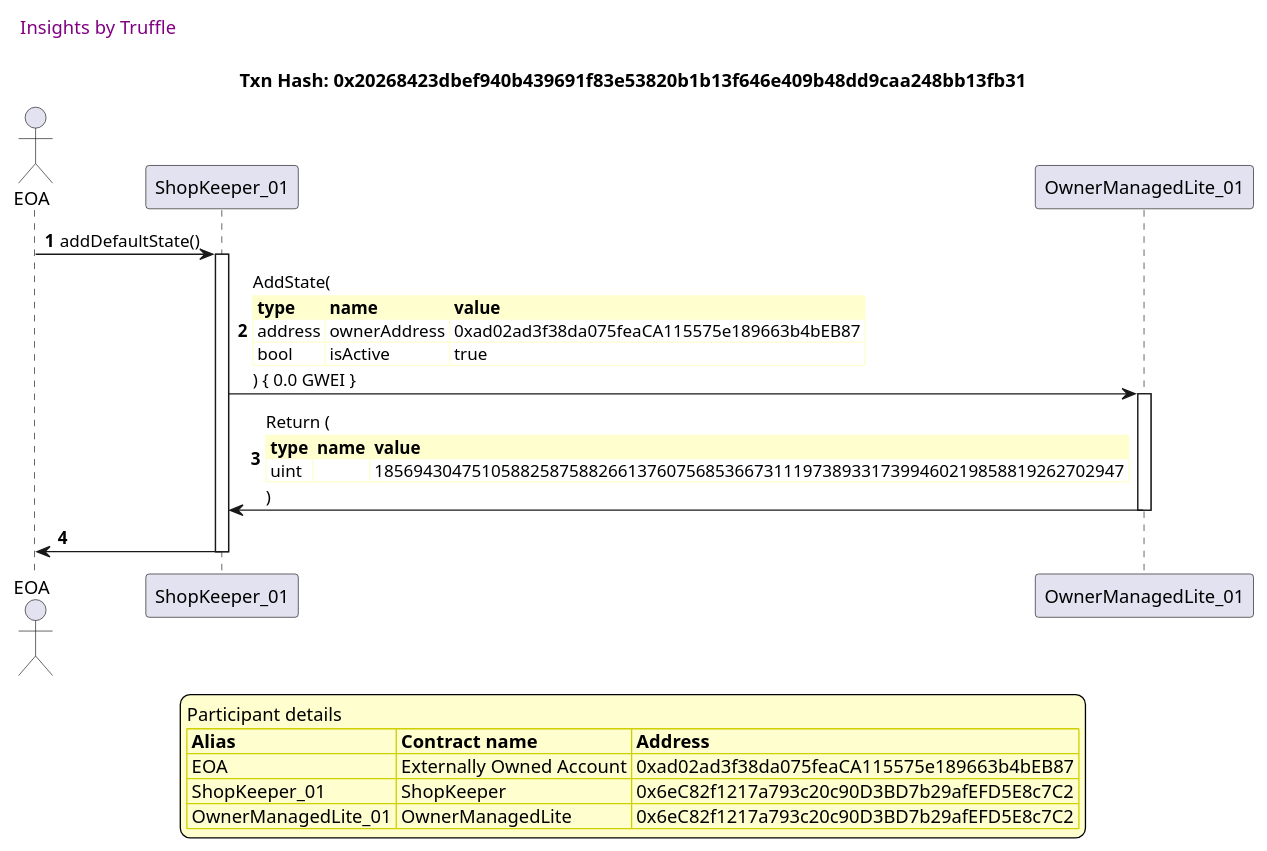
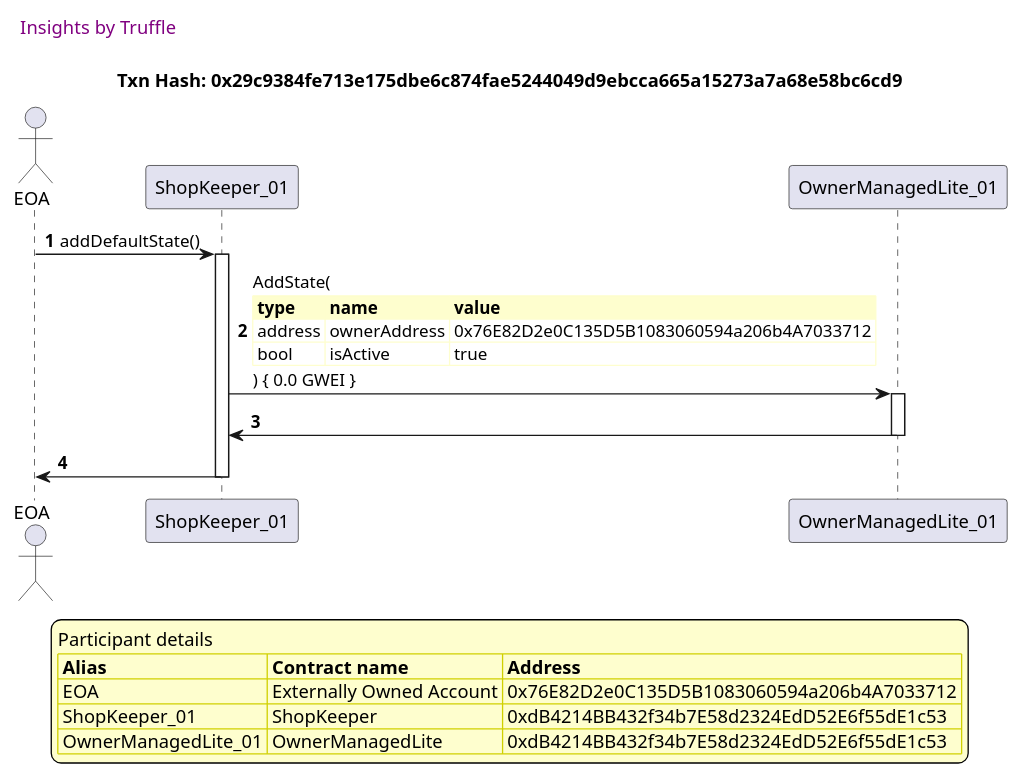
The second of 10 diagrams in truffle-seq/Shop_test_shopkeeper_add_shop.md (thedarkjester/ConsensysAssignment), drawn with PlantUML before and after one commit. The commit also changed other lines of this file and 13 other files, not shown here.

````diff
--- a/truffle-seq/Shop_test_shopkeeper_add_shop.md
+++ b/truffle-seq/Shop_test_shopkeeper_add_shop.md
@@ -56,48 +56,45 @@
 ```plantuml
 
 
 @startuml
 
 autonumber
 skinparam legendBackgroundColor #FEFECE
 
 <style>
       header {
         HorizontalAlignment left
         FontColor purple
         FontSize 14
         Padding 10
       }
     </style>
 
 header Insights by Truffle
 
-title Txn Hash: 0x20268423dbef940b439691f83e53820b1b13f646e409b48dd9caa248bb13fb31
+title Txn Hash: 0x29c9384fe713e175dbe6c874fae5244049d9ebcca665a15273a7a68e58bc6cd9
 
 
 actor EOA as "EOA"
 participant ShopKeeper_01 as "ShopKeeper_01"
 participant OwnerManagedLite_01 as "OwnerManagedLite_01"
 
 "EOA" -> "ShopKeeper_01" ++: addDefaultState()
 "ShopKeeper_01" -> "OwnerManagedLite_01" ++: AddState(\n\
 <#FEFECE,#FEFECE>|= type |= name |= value |\n\
-| address | ownerAddress | 0xad02ad3f38da075feaCA115575e189663b4bEB87 |\n\
+| address | ownerAddress | 0x76E82D2e0C135D5B1083060594a206b4A7033712 |\n\
 | bool | isActive | true |\n\
 ) { 0.0 GWEI }
-"OwnerManagedLite_01" -> "ShopKeeper_01" --: Return (\n\
-<#FEFECE,#FEFECE>|= type |= name |= value |\n\
-| uint |  | 18569430475105882587588266137607568536673111973893317399460219858819262702947 |\n\
-)
+"OwnerManagedLite_01" -> "ShopKeeper_01" --: 
 "ShopKeeper_01" -> "EOA" --: 
 
 legend
 Participant details
 <#FEFECE,#D0D000>|= Alias |= Contract name |= Address |
-<#FEFECE>| EOA | Externally Owned Account | 0xad02ad3f38da075feaCA115575e189663b4bEB87 |
-<#FEFECE>| ShopKeeper_01 | ShopKeeper | 0x6eC82f1217a793c20c90D3BD7b29afEFD5E8c7C2 |
-<#FEFECE>| OwnerManagedLite_01 | OwnerManagedLite | 0x6eC82f1217a793c20c90D3BD7b29afEFD5E8c7C2 |
+<#FEFECE>| EOA | Externally Owned Account | 0x76E82D2e0C135D5B1083060594a206b4A7033712 |
+<#FEFECE>| ShopKeeper_01 | ShopKeeper | 0xdB4214BB432f34b7E58d2324EdD52E6f55dE1c53 |
+<#FEFECE>| OwnerManagedLite_01 | OwnerManagedLite | 0xdB4214BB432f34b7E58d2324EdD52E6f55dE1c53 |
 endlegend
 
 @enduml
 ```
````
